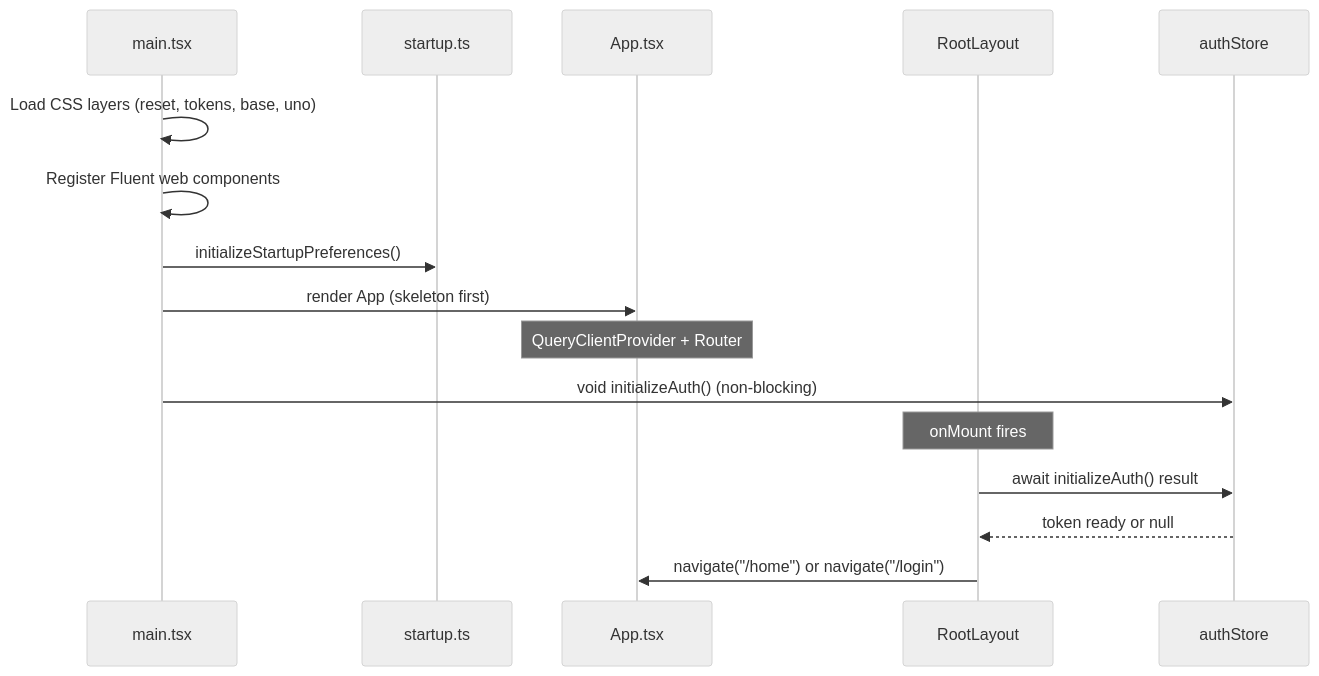
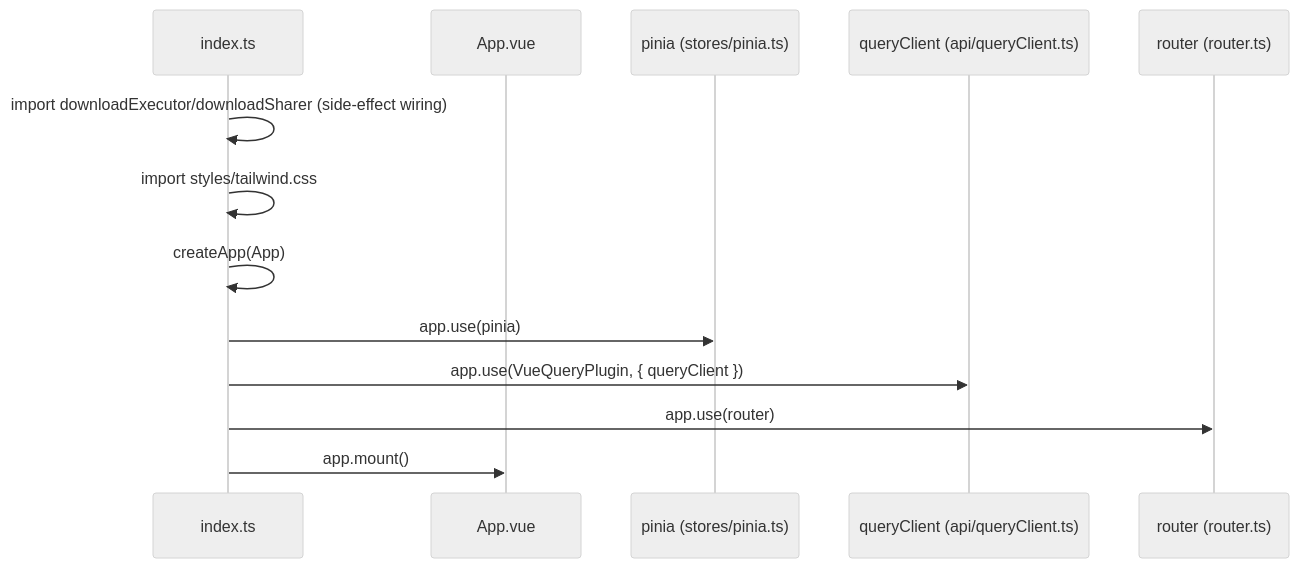
The first of 3 diagrams in openwiki/architecture/overview.md (a1121611810/Pictelio), drawn with Mermaid (neutral theme) before and after one commit. The commit also changed other lines of this file and 8 other files, not shown here.

````diff
--- a/openwiki/architecture/overview.md
+++ b/openwiki/architecture/overview.md
@@ -42,19 +46,16 @@
 ```mermaid
 sequenceDiagram
-    participant M as main.tsx
-    participant S as startup.ts
-    participant R as App.tsx
-    participant RL as RootLayout
-    participant A as authStore
+    participant I as index.ts
+    participant A as App.vue
+    participant P as pinia (stores/pinia.ts)
+    participant Q as queryClient (api/queryClient.ts)
+    participant R as router (router.ts)
 
-    M->>M: Load CSS layers (reset, tokens, base, uno)
-    M->>M: Register Fluent web components
-    M->>S: initializeStartupPreferences()
-    M->>R: render App (skeleton first)
-    Note over R: QueryClientProvider + Router
-    M->>A: void initializeAuth() (non-blocking)
-    Note over RL: onMount fires
-    RL->>A: await initializeAuth() result
-    A-->>RL: token ready or null
-    RL->>R: navigate("/home") or navigate("/login")
+    I->>I: import downloadExecutor/downloadSharer (side-effect wiring)
+    I->>I: import styles/tailwind.css
+    I->>I: createApp(App)
+    I->>P: app.use(pinia)
+    I->>Q: app.use(VueQueryPlugin, { queryClient })
+    I->>R: app.use(router)
+    I->>A: app.mount()
 ```
````
